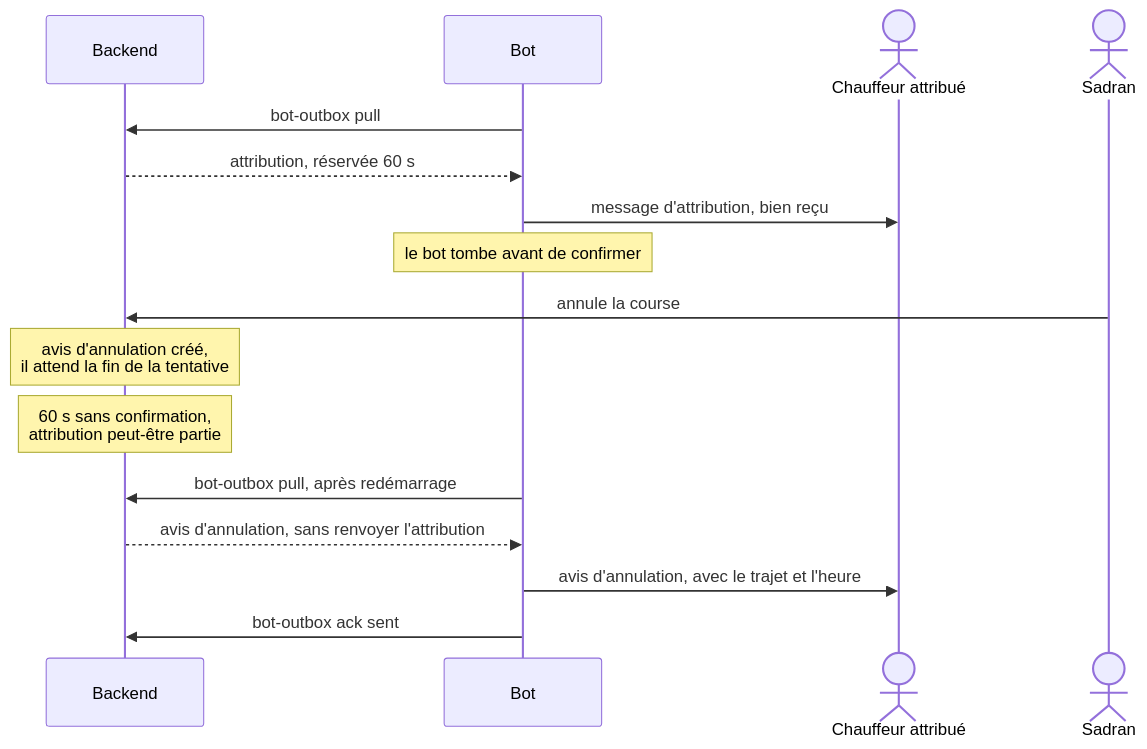
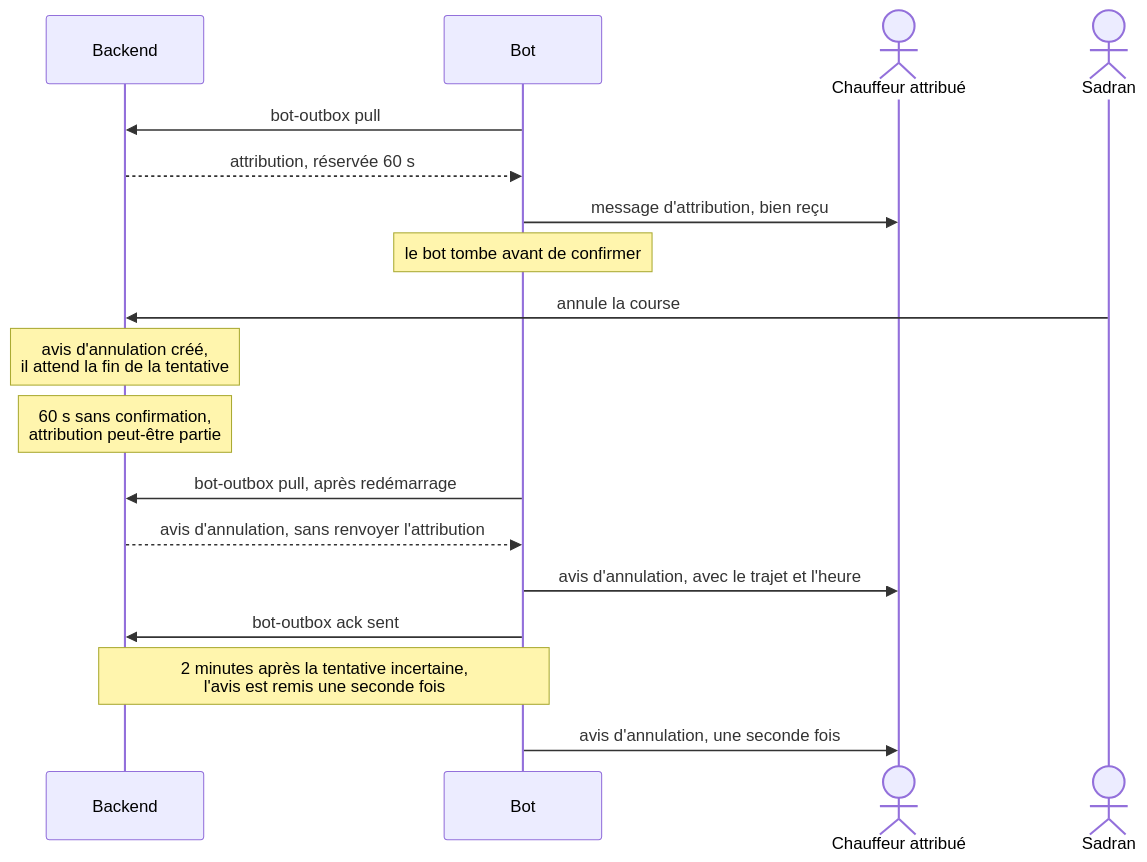
The fourth of 6 diagrams in docs/ARCHITECTURE.md (oren1996/driverss), drawn with Mermaid before and after one commit. The commit also changed other lines of this file and 7 other files, not shown here.

First line of the commit message:
docs: troisième relecture — avis d'annulation toujours envoyé, issue incertaine, fermetures

````diff
--- a/docs/ARCHITECTURE.md
+++ b/docs/ARCHITECTURE.md
@@ -188,19 +189,21 @@
 ```mermaid
 sequenceDiagram
     participant B as Backend
     participant T as Bot
     actor C as Chauffeur attribué
     actor S as Sadran
 
     T->>B: bot-outbox pull
     B-->>T: attribution, réservée 60 s
     T->>C: message d'attribution, bien reçu
     Note over T: le bot tombe avant de confirmer
     S->>B: annule la course
     Note over B: avis d'annulation créé,<br/>il attend la fin de la tentative
     Note over B: 60 s sans confirmation,<br/>attribution peut-être partie
     T->>B: bot-outbox pull, après redémarrage
     B-->>T: avis d'annulation, sans renvoyer l'attribution
     T->>C: avis d'annulation, avec le trajet et l'heure
     T->>B: bot-outbox ack sent
+    Note over B,T: 2 minutes après la tentative incertaine,<br/>l'avis est remis une seconde fois
+    T->>C: avis d'annulation, une seconde fois
 ```
````
